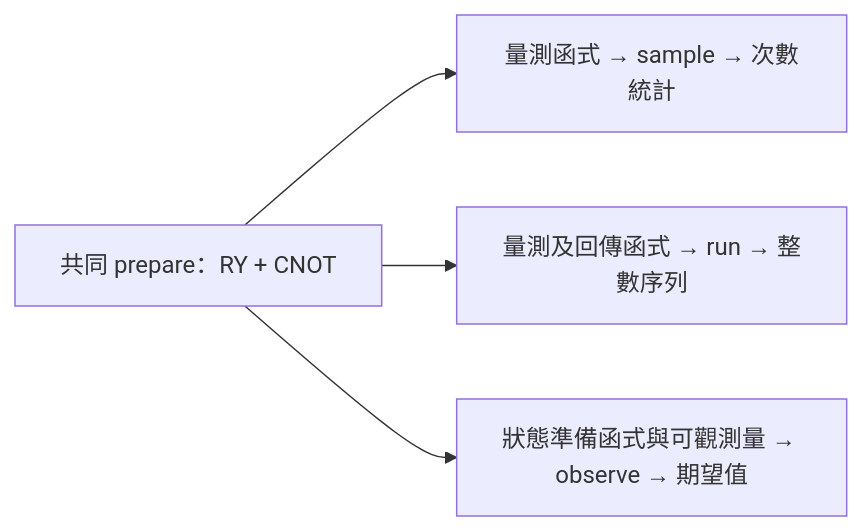
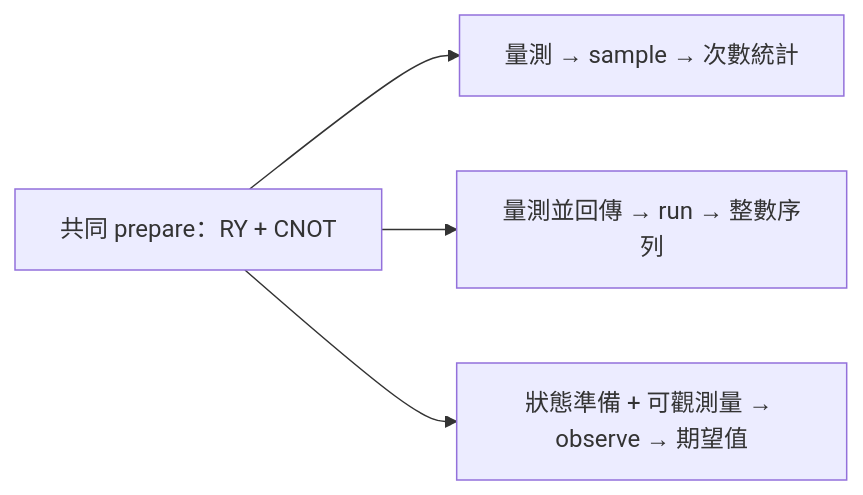
The diagram in articles/day08/README.md (kancheng/qml-engineering-30-days), drawn with Mermaid before and after one commit. The commit also changed other lines of this file and 22 other files, not shown here.

````diff
--- a/articles/day08/README.md
+++ b/articles/day08/README.md
@@ -56,6 +66,6 @@
 ```mermaid
 flowchart LR
-    P[共同 prepare：RY + CNOT] --> S[量測函式 → sample → 次數統計]
-    P --> R[量測及回傳函式 → run → 整數序列]
-    P --> O[狀態準備函式與可觀測量 → observe → 期望值]
+    P[共同 prepare：RY + CNOT] --> S[量測 → sample → 次數統計]
+    P --> R[量測並回傳 → run → 整數序列]
+    P --> O[狀態準備 + 可觀測量 → observe → 期望值]
 ```
````
